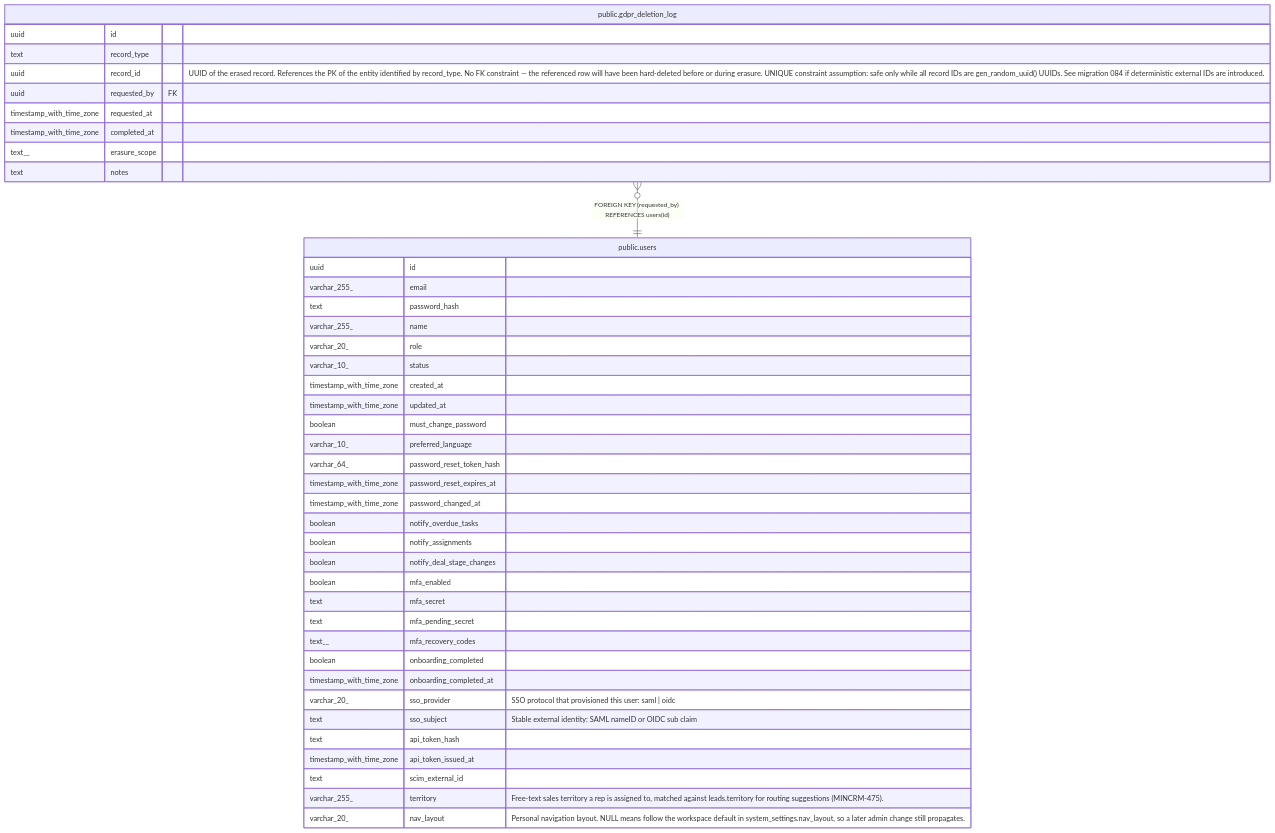
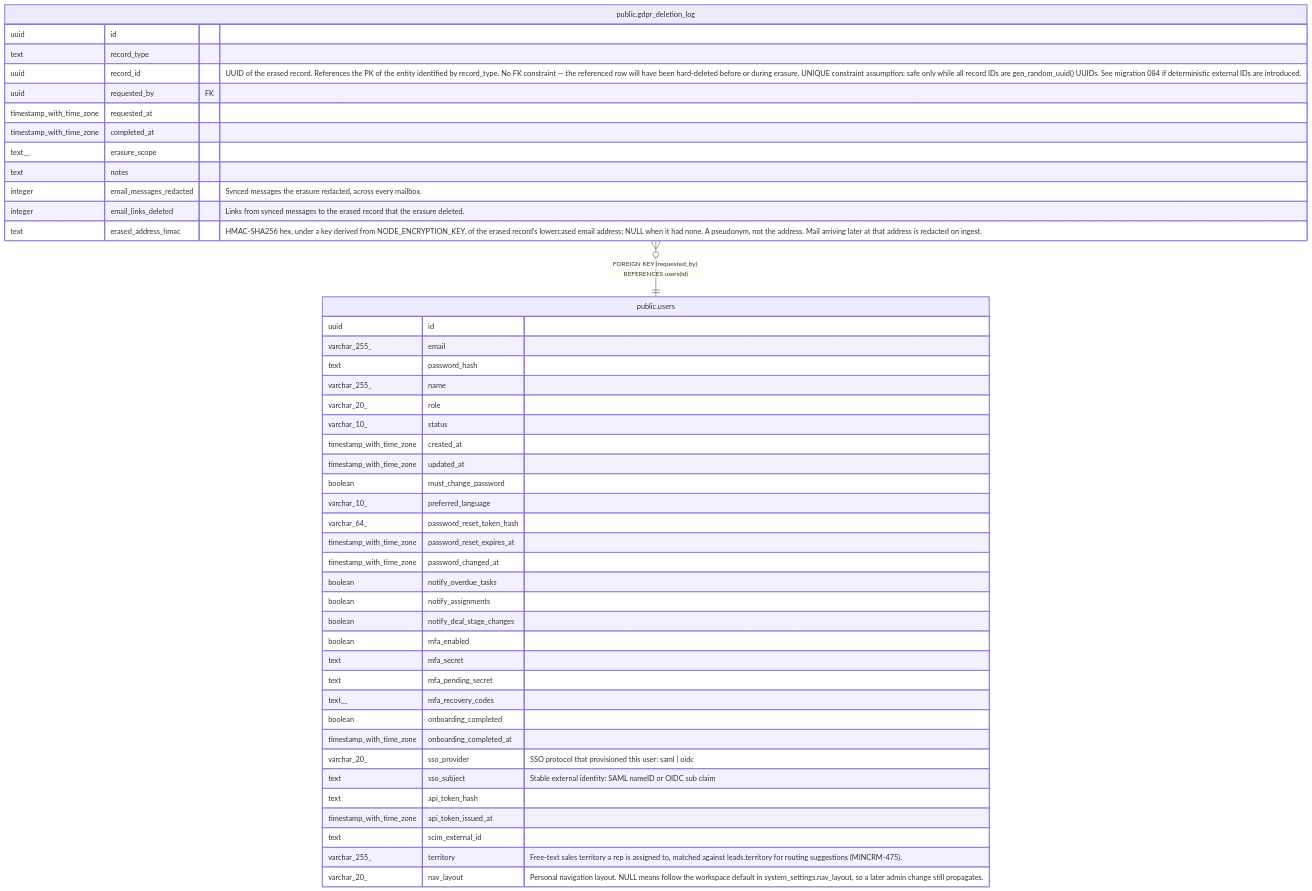
Before and after one commit to rkseattle/minicrm: the diagram in docs/schema/public.gdpr_deletion_log.md, drawn with Mermaid. The commit also changed other lines of this file and 18 other files, not shown here.

````diff
--- a/docs/schema/public.gdpr_deletion_log.md
+++ b/docs/schema/public.gdpr_deletion_log.md
@@ -36,47 +40,50 @@
 ```mermaid
 erDiagram
 
 "public.gdpr_deletion_log" }o--|| "public.users" : "FOREIGN KEY (requested_by) REFERENCES users(id)"
 
 "public.gdpr_deletion_log" {
   uuid id ""
   text record_type ""
   uuid record_id "UUID of the erased record. References the PK of the entity identified by record_type. No FK constraint — the referenced row will have been hard-deleted before or during erasure. UNIQUE constraint assumption: safe only while all record IDs are gen_random_uuid() UUIDs. See migration 084 if deterministic external IDs are introduced."
   uuid requested_by FK ""
   timestamp_with_time_zone requested_at ""
   timestamp_with_time_zone completed_at ""
   text__ erasure_scope ""
   text notes ""
+  integer email_messages_redacted "Synced messages the erasure redacted, across every mailbox."
+  integer email_links_deleted "Links from synced messages to the erased record that the erasure deleted."
+  text erased_address_hmac "HMAC-SHA256 hex, under a key derived from NODE_ENCRYPTION_KEY, of the erased record's lowercased email address; NULL when it had none. A pseudonym, not the address. Mail arriving later at that address is redacted on ingest."
 }
 "public.users" {
   uuid id ""
   varchar_255_ email ""
   text password_hash ""
   varchar_255_ name ""
   varchar_20_ role ""
   varchar_10_ status ""
   timestamp_with_time_zone created_at ""
   timestamp_with_time_zone updated_at ""
   boolean must_change_password ""
   varchar_10_ preferred_language ""
   varchar_64_ password_reset_token_hash ""
   timestamp_with_time_zone password_reset_expires_at ""
   timestamp_with_time_zone password_changed_at ""
   boolean notify_overdue_tasks ""
   boolean notify_assignments ""
   boolean notify_deal_stage_changes ""
   boolean mfa_enabled ""
   text mfa_secret ""
   text mfa_pending_secret ""
   text__ mfa_recovery_codes ""
   boolean onboarding_completed ""
   timestamp_with_time_zone onboarding_completed_at ""
   varchar_20_ sso_provider "SSO protocol that provisioned this user: saml | oidc"
   text sso_subject "Stable external identity: SAML nameID or OIDC sub claim"
   text api_token_hash ""
   timestamp_with_time_zone api_token_issued_at ""
   text scim_external_id ""
   varchar_255_ territory "Free-text sales territory a rep is assigned to, matched against leads.territory for routing suggestions (MINCRM-475)."
   varchar_20_ nav_layout "Personal navigation layout. NULL means follow the workspace default in system_settings.nav_layout, so a later admin change still propagates."
 }
 ```
````
